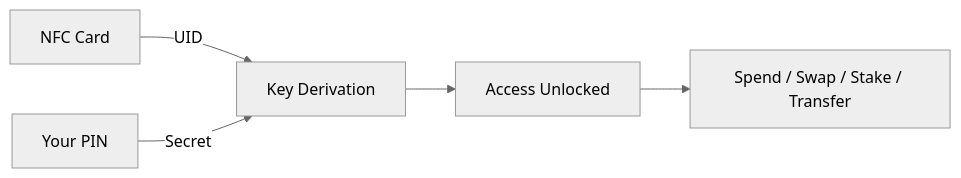
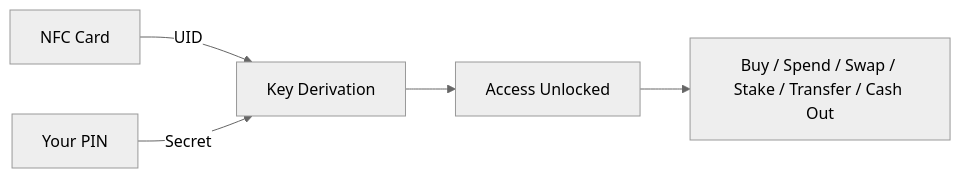
The diagram in introduction.mdx (Griplock-Labs/docs), drawn with Mermaid (neutral theme) before and after one commit. The commit also changed other lines of this file, not shown here.

````diff
--- a/introduction.mdx
+++ b/introduction.mdx
@@ -52,7 +58,7 @@
 ```mermaid
 flowchart LR
     A[NFC Card] -->|UID| C[Key Derivation]
     B[Your PIN] -->|Secret| C
     C --> D[Access Unlocked]
-    D --> E[Spend / Swap / Stake / Transfer]
+    D --> E[Buy / Spend / Swap / Stake / Transfer / Cash Out]
 ```
````
